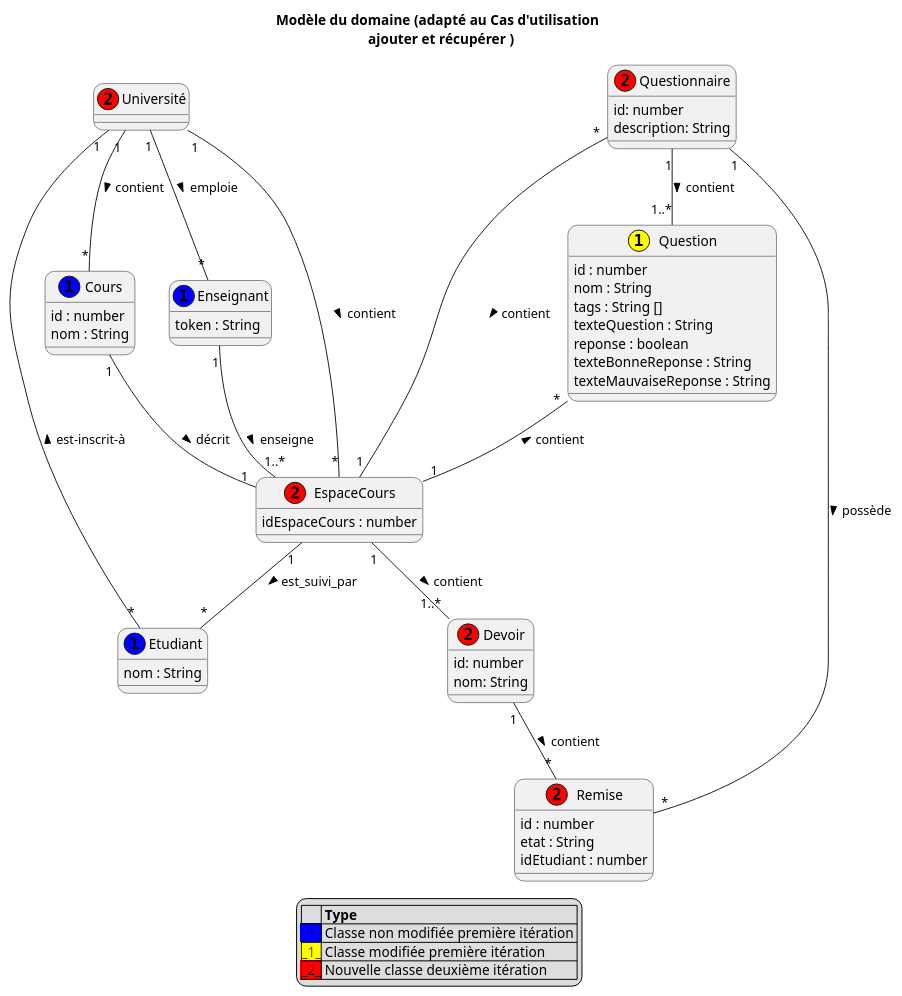
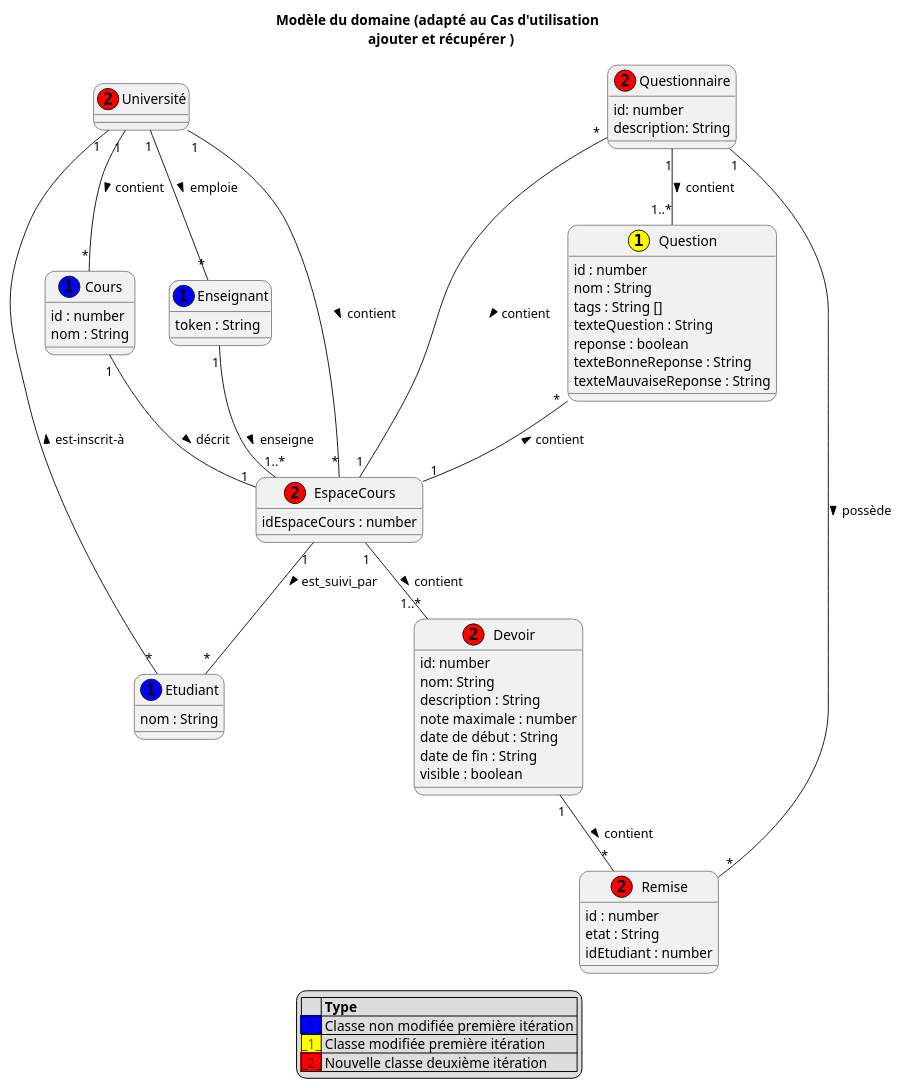
The diagram in docs/modeles/mdd.puml (nerdz88/SGA-TS), drawn with PlantUML before and after one commit. The commit also changed 11 other files, not shown here.

```diff
--- a/docs/modeles/mdd.puml
+++ b/docs/modeles/mdd.puml
@@ -1,75 +1,80 @@
 @startuml MDD
 
 skinparam defaultfontname Verdana
 skinparam RoundCorner 20
 ' skinparam linetype ortho
 
 title Modèle du domaine (adapté au Cas d'utilisation \n ajouter et récupérer )
 class Cours << (1,blue) >> {
     id : number
     nom : String
 }
 
 
 class Enseignant << (1,blue) >>{
     token : String
 }
 
 class Etudiant << (1,blue) >>{
     nom : String
 }
 
 class Devoir << (2,red) >>{
     id: number
     nom: String
+    description : String
+    note maximale : number
+    date de début : String
+    date de fin : String
+    visible : boolean
 }
 
 class Remise << (2,red) >>{
     id : number
     etat : String
     idEtudiant : number
 }
 
 class Question << 1,yellow) >>{
     id : number
     nom : String
     tags : String []
     texteQuestion : String
     reponse : boolean
     texteBonneReponse : String
     texteMauvaiseReponse : String
 }
 
 class Questionnaire << (2,red) >>{
     id: number
     description: String
 }
 
 class EspaceCours << (2,red) >>{
     idEspaceCours : number
 }
 
 class Université << (2,red) >>{
 
 }
 Devoir "1"--"*" Remise : contient >
 EspaceCours "1"--"1..*" Devoir: contient >
 Enseignant "1"--"1..*" EspaceCours : enseigne >
 Université "1"--"*" Enseignant : emploie >
 Cours "1"-- "1" EspaceCours : décrit >
 Université "1"--"*" Cours : contient >
 EspaceCours "1"-- "*"Etudiant : est_suivi_par >
 Questionnaire "1"--"1..*" Question : contient >
 Questionnaire"1"--"*" Remise : possède >
 Université "1"--"*" EspaceCours : contient >
 Université "1"--"*" Etudiant : est-inscrit-à <
 Question "*"--"1" EspaceCours : contient <
 Questionnaire "*"--"1" EspaceCours : contient >
 
 legend
 |= |= Type |
 |<back:blue>_1_</back>| Classe non modifiée première itération |
 |<back:yellow>_1_</back>| Classe modifiée première itération |
 |<back:red>_2_</back>| Nouvelle classe deuxième itération |
 endlegend
 @enduml
```
